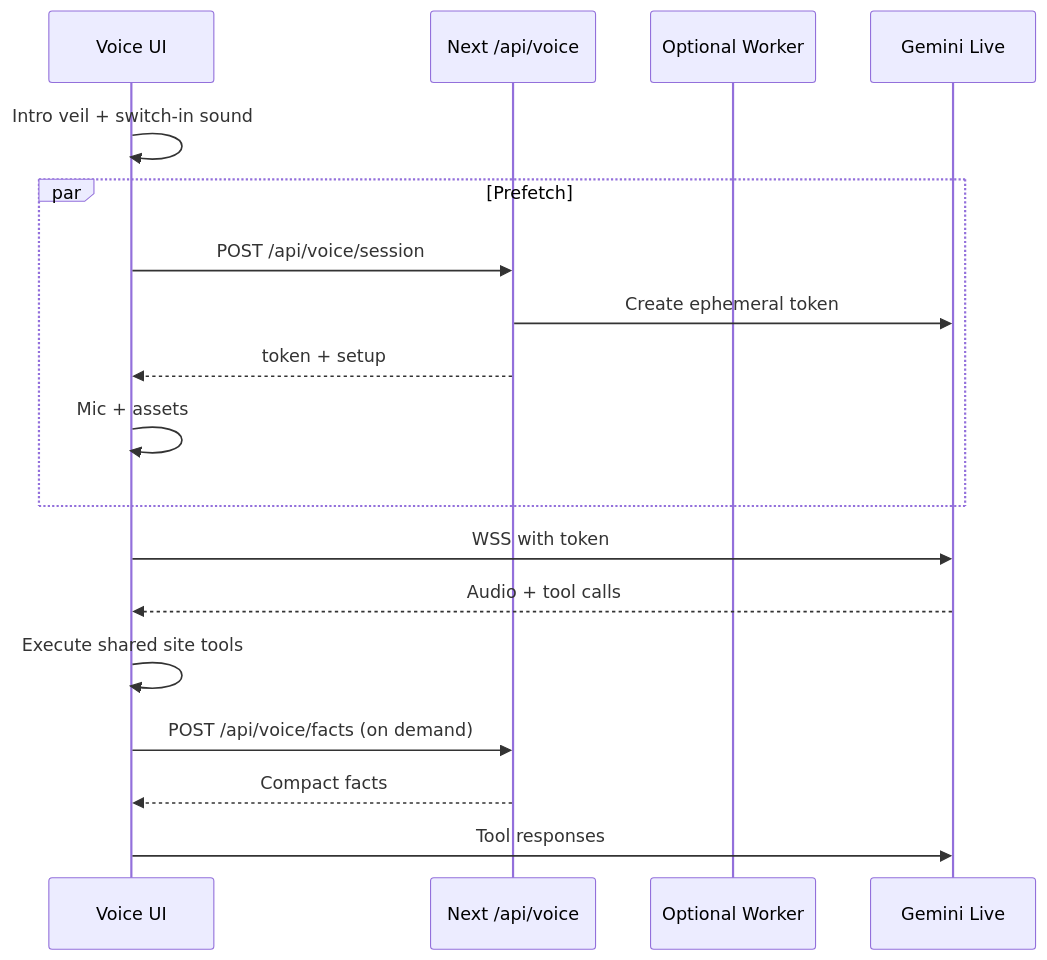
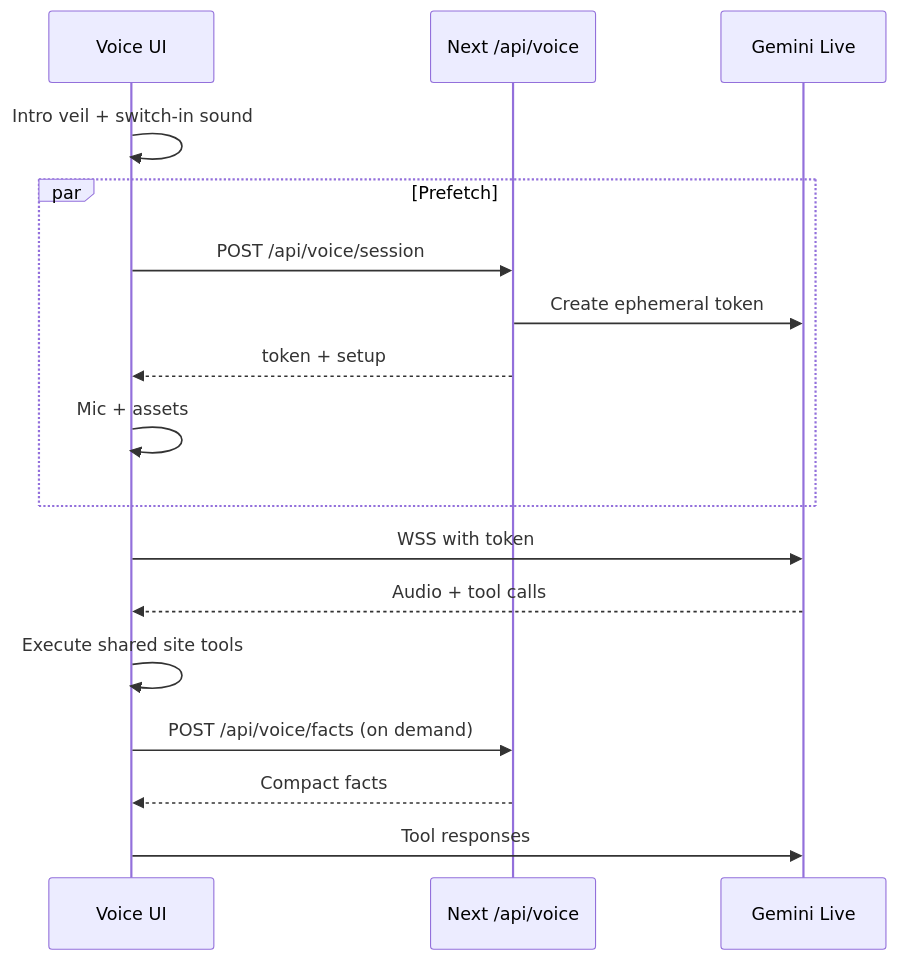
Before and after one commit to Dhruv-Mishra/portfolioWebsite: the fourth of 4 diagrams in docs/voice-agent.md, drawn with Mermaid. The commit also changed other lines of this file and 4 other files, not shown here.

````diff
--- a/docs/voice-agent.md
+++ b/docs/voice-agent.md
@@ -29,20 +89,19 @@
 ```mermaid
 sequenceDiagram
   participant UI as Voice UI
   participant Origin as Next /api/voice
-  participant Edge as Optional Worker
   participant Live as Gemini Live
   UI->>UI: Intro veil + switch-in sound
   par Prefetch
     UI->>Origin: POST /api/voice/session
     Origin->>Live: Create ephemeral token
     Origin-->>UI: token + setup
     UI->>UI: Mic + assets
   end
   UI->>Live: WSS with token
   Live-->>UI: Audio + tool calls
   UI->>UI: Execute shared site tools
   UI->>Origin: POST /api/voice/facts (on demand)
   Origin-->>UI: Compact facts
   UI->>Live: Tool responses
 ```
````
